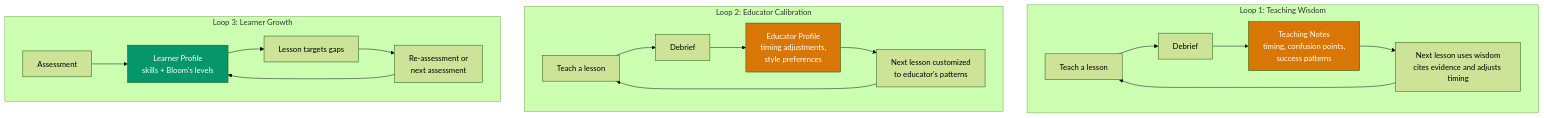
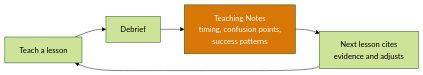
The first of 7 diagrams in docs/information-flows/feedback-loops.md (chekos/pedagogical-engine), drawn with Mermaid (forest theme) before and after one commit. The commit also changed other lines of this file, not shown here.

Commit message:
fix(docs): split feedback loop diagram into 3 stacked diagrams for readability

````diff
--- a/docs/information-flows/feedback-loops.md
+++ b/docs/information-flows/feedback-loops.md
@@ -7,27 +9,9 @@
 ```mermaid
-graph TD
-    subgraph "Loop 1: Teaching Wisdom"
-        L1[Teach a lesson] --> D1[Debrief]
-        D1 --> TN[Teaching Notes<br/>timing, confusion points,<br/>success patterns]
-        TN --> NL1[Next lesson uses wisdom<br/>cites evidence and adjusts timing]
-        NL1 --> L1
-    end
-
-    subgraph "Loop 2: Educator Calibration"
-        L2[Teach a lesson] --> D2[Debrief]
-        D2 --> EP[Educator Profile<br/>timing adjustments,<br/>style preferences]
-        EP --> NL2[Next lesson customized<br/>to educator's patterns]
-        NL2 --> L2
-    end
-
-    subgraph "Loop 3: Learner Growth"
-        A[Assessment] --> LP[Learner Profile<br/>skills + Bloom's levels]
-        LP --> LS[Lesson targets gaps]
-        LS --> RA[Re-assessment or<br/>next assessment]
-        RA --> LP
-    end
+graph LR
+    L1[Teach a lesson] --> D1[Debrief]
+    D1 --> TN[Teaching Notes<br/>timing, confusion points,<br/>success patterns]
+    TN --> NL1[Next lesson cites<br/>evidence and adjusts]
+    NL1 --> L1
 
     style TN fill:#d97706,color:#fff
-    style EP fill:#d97706,color:#fff
-    style LP fill:#059669,color:#fff
 ```
````
